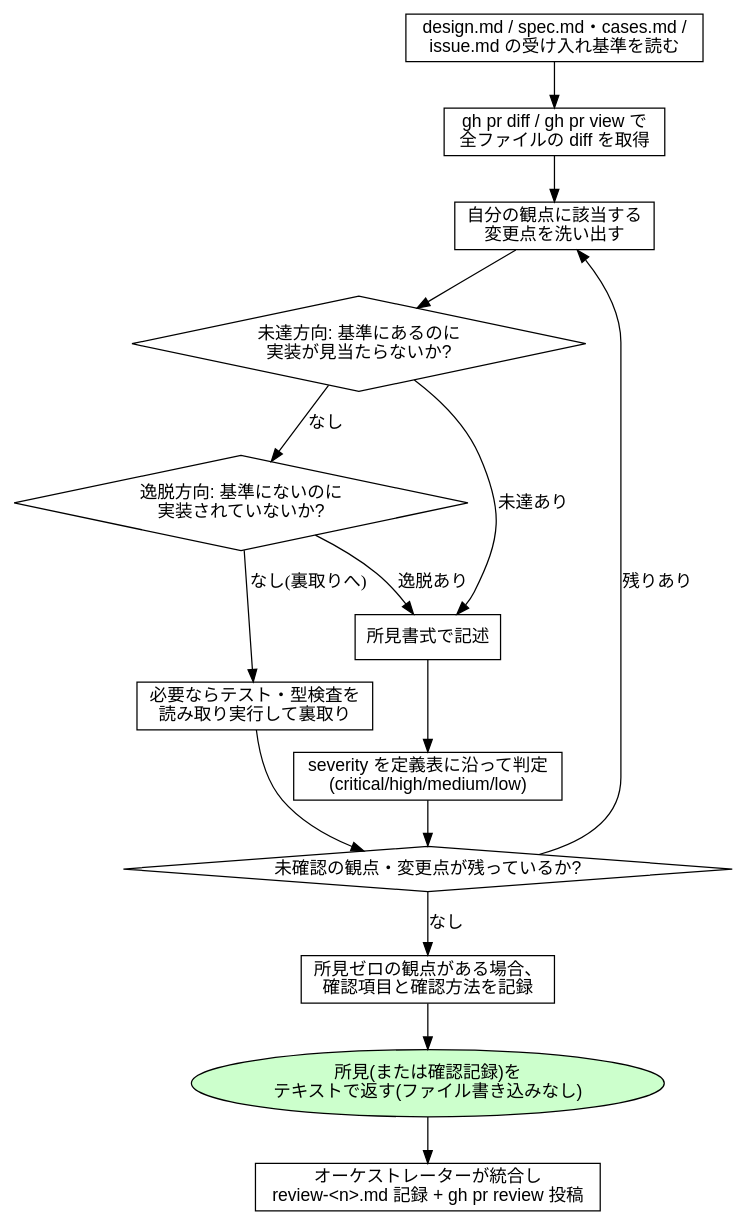
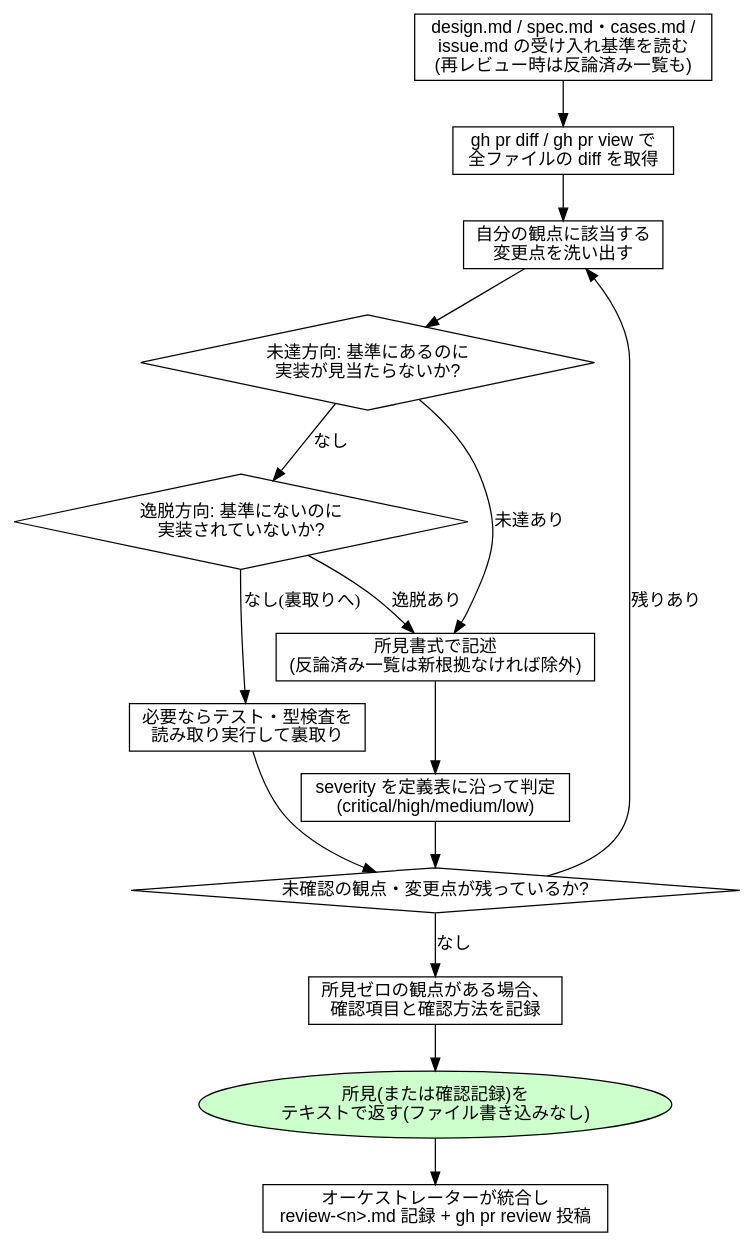
One commit to Amatsuka-kobo/amatsuka-claude-plugins changed the diagram in plugins/codiel/skills/reviewing-diffs/SKILL.md. Above: the diagram before and after it, drawn with Graphviz. The commit also changed other lines of this file and 3 other files, not shown here.

````diff
--- a/plugins/codiel/skills/reviewing-diffs/SKILL.md
+++ b/plugins/codiel/skills/reviewing-diffs/SKILL.md
@@ -117,31 +124,31 @@
 ```dot
 digraph reviewing_diffs {
   rankdir=TB;
   node [fontname="sans-serif"];
 
-  read_docs [label="design.md / spec.md・cases.md /\nissue.md の受け入れ基準を読む", shape=box];
+  read_docs [label="design.md / spec.md・cases.md /\nissue.md の受け入れ基準を読む\n(再レビュー時は反論済み一覧も)", shape=box];
   get_diff [label="gh pr diff / gh pr view で\n全ファイルの diff を取得", shape=box];
   scope [label="自分の観点に該当する\n変更点を洗い出す", shape=box];
   check_missing [label="未達方向: 基準にあるのに\n実装が見当たらないか?", shape=diamond];
   check_deviation [label="逸脱方向: 基準にないのに\n実装されていないか?", shape=diamond];
   verify [label="必要ならテスト・型検査を\n読み取り実行して裏取り", shape=box];
   classify [label="severity を定義表に沿って判定\n(critical/high/medium/low)", shape=box];
-  write_finding [label="所見書式で記述", shape=box];
+  write_finding [label="所見書式で記述\n(反論済み一覧は新根拠なければ除外)", shape=box];
   more [label="未確認の観点・変更点が残っているか?", shape=diamond];
   zero_findings [label="所見ゼロの観点がある場合、\n確認項目と確認方法を記録", shape=box];
   report [label="所見(または確認記録)を\nテキストで返す(ファイル書き込みなし)", shape=ellipse, style=filled, fillcolor="#ccffcc"];
   orchestrator [label="オーケストレーターが統合し\nreview-<n>.md 記録 + gh pr review 投稿", shape=box];
 
   read_docs -> get_diff -> scope -> check_missing;
   check_missing -> write_finding [label="未達あり"];
   check_missing -> check_deviation [label="なし"];
   check_deviation -> write_finding [label="逸脱あり"];
   check_deviation -> verify [label="なし(裏取りへ)"];
   write_finding -> classify -> more;
   verify -> more;
   more -> scope [label="残りあり"];
   more -> zero_findings [label="なし"];
   zero_findings -> report;
   report -> orchestrator;
 }
 ```
````
